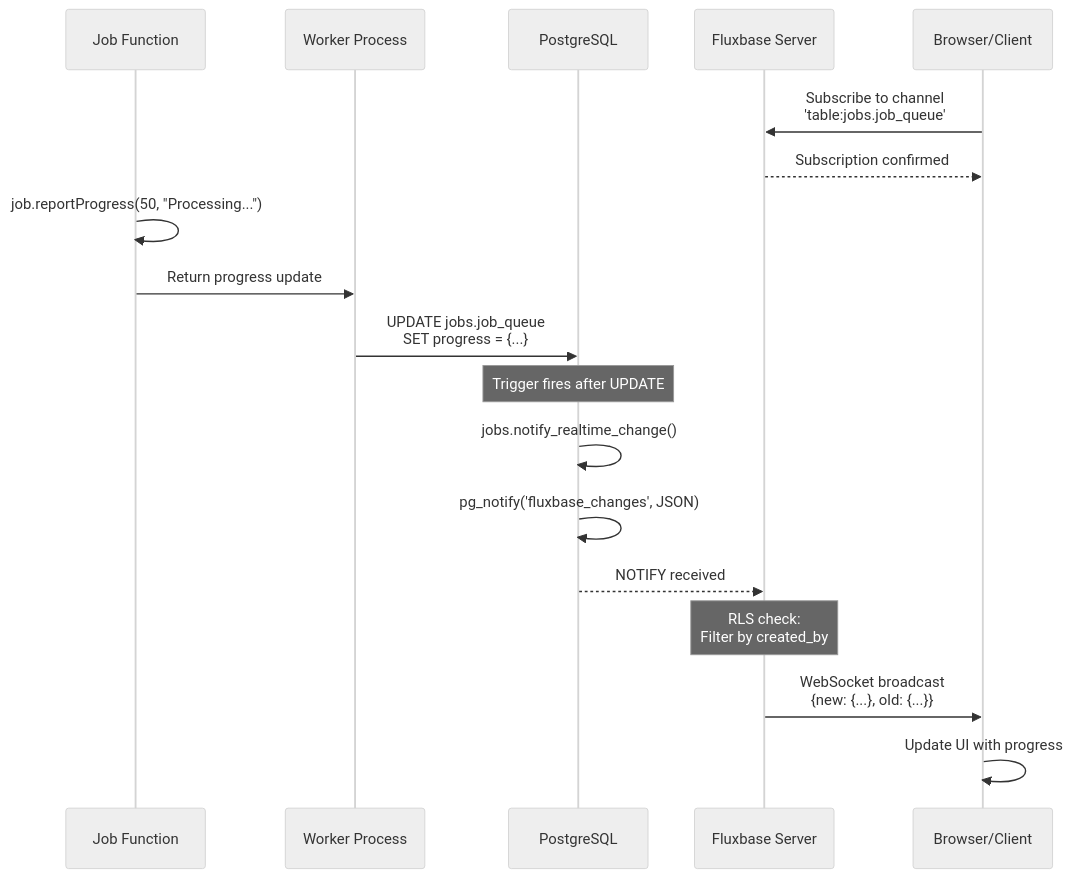
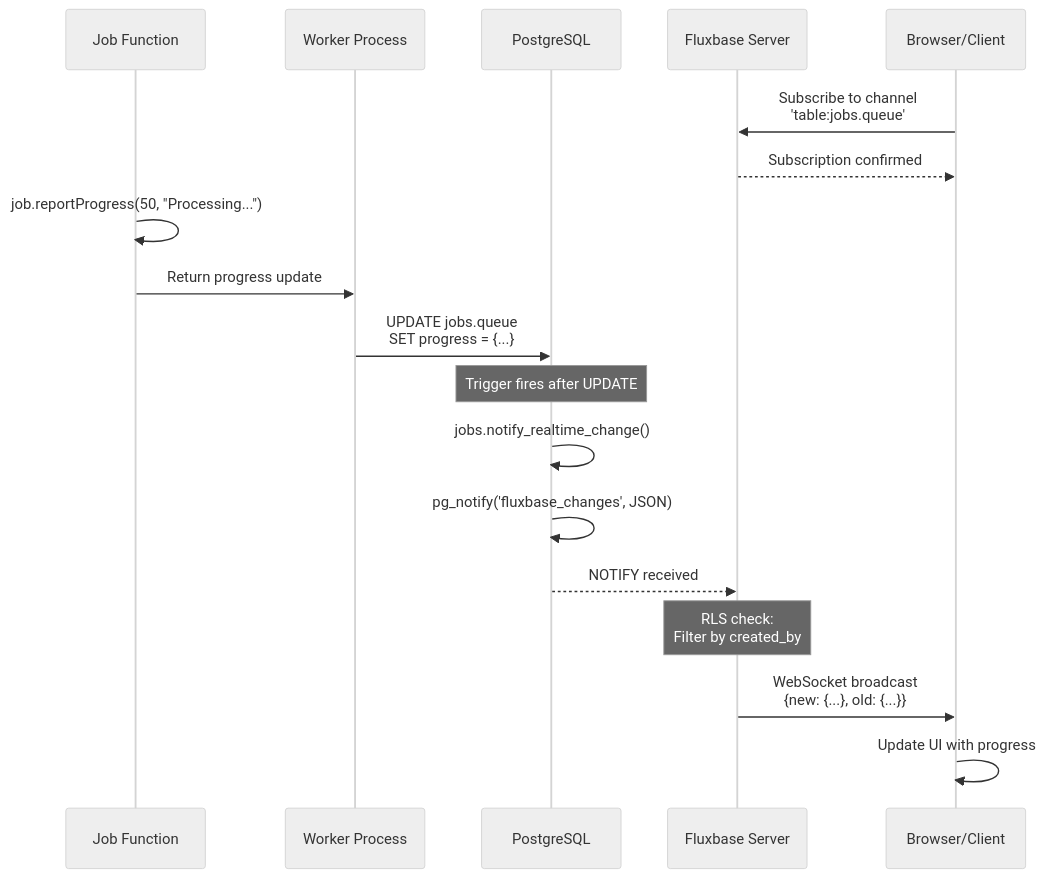
The second of 6 diagrams in docs/docs/guides/jobs.md (wayli-app/fluxbase), drawn with Mermaid (neutral theme) before and after one commit. The commit also changed other lines of this file and 88 other files, not shown here.

````diff
--- a/docs/docs/guides/jobs.md
+++ b/docs/docs/guides/jobs.md
@@ -398,25 +398,25 @@
 ```mermaid
 sequenceDiagram
     participant Job as Job Function
     participant Worker as Worker Process
     participant DB as PostgreSQL
     participant Server as Fluxbase Server
     participant Client as Browser/Client
 
-    Client->>Server: Subscribe to channel<br/>'table:jobs.job_queue'
+    Client->>Server: Subscribe to channel<br/>'table:jobs.queue'
     Server-->>Client: Subscription confirmed
 
     Job->>Job: job.reportProgress(50, "Processing...")
     Job->>Worker: Return progress update
-    Worker->>DB: UPDATE jobs.job_queue<br/>SET progress = {...}
+    Worker->>DB: UPDATE jobs.queue<br/>SET progress = {...}
 
     Note over DB: Trigger fires after UPDATE
     DB->>DB: jobs.notify_realtime_change()
     DB->>DB: pg_notify('fluxbase_changes', JSON)
 
     DB-->>Server: NOTIFY received
     Note over Server: RLS check:<br/>Filter by created_by
 
     Server->>Client: WebSocket broadcast<br/>{new: {...}, old: {...}}
     Client->>Client: Update UI with progress
 ```
````
